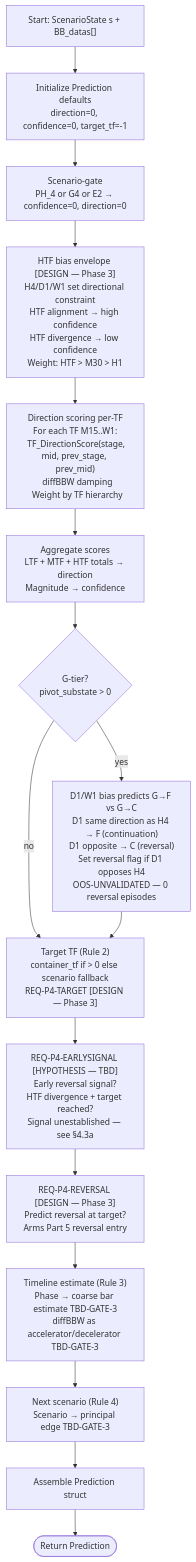
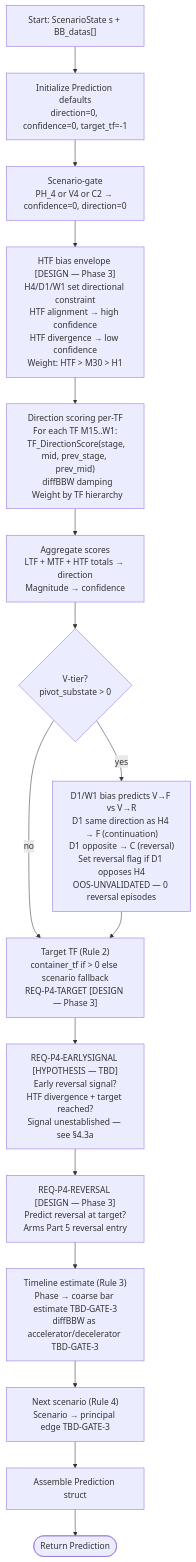
Diagram 12 of 19 in references/ARCHITECTURE.md (Terrypang89/BB_MTF_M15_STRATEGY), drawn with Mermaid before and after one commit. The commit also changed other lines of this file and 12 other files, not shown here.

````diff
--- a/references/ARCHITECTURE.md
+++ b/references/ARCHITECTURE.md
@@ -750,29 +750,29 @@
 ```mermaid
 flowchart TD
     Start["Start: ScenarioState s + BB_datas[]"] --> Init["Initialize Prediction defaults<br/>direction=0, confidence=0, target_tf=-1"]
 
-    Init --> Gate["Scenario-gate<br/>PH_4 or G4 or E2 → confidence=0, direction=0"]
+    Init --> Gate["Scenario-gate<br/>PH_4 or V4 or C2 → confidence=0, direction=0"]
 
     Gate --> HTFEnv["HTF bias envelope [DESIGN — Phase 3]<br/>H4/D1/W1 set directional constraint<br/>HTF alignment → high confidence<br/>HTF divergence → low confidence<br/>Weight: HTF > M30 > H1"]
 
     HTFEnv --> Score["Direction scoring per-TF<br/>For each TF M15..W1:<br/>  TF_DirectionScore(stage, mid, prev_stage, prev_mid)<br/>  diffBBW damping<br/>  Weight by TF hierarchy"]
 
     Score --> Aggregate["Aggregate scores<br/>LTF + MTF + HTF totals → direction<br/>Magnitude → confidence"]
 
-    Aggregate --> GTier{"G-tier?<br/>pivot_substate > 0"}
-    GTier -->|yes| GPredict["D1/W1 bias predicts G→F vs G→C<br/>D1 same direction as H4 → F (continuation)<br/>D1 opposite → C (reversal)<br/>Set reversal flag if D1 opposes H4<br/>OOS-UNVALIDATED — 0 reversal episodes"]
+    Aggregate --> GTier{"V-tier?<br/>pivot_substate > 0"}
+    GTier -->|yes| GPredict["D1/W1 bias predicts V→F vs V→R<br/>D1 same direction as H4 → F (continuation)<br/>D1 opposite → C (reversal)<br/>Set reversal flag if D1 opposes H4<br/>OOS-UNVALIDATED — 0 reversal episodes"]
     GTier -->|no| Target["Target TF (Rule 2)<br/>container_tf if > 0 else scenario fallback<br/>REQ-P4-TARGET [DESIGN — Phase 3]"]
 
     GPredict --> Target
 
     Target --> EarlySig["REQ-P4-EARLYSIGNAL [HYPOTHESIS — TBD]<br/>Early reversal signal?<br/>HTF divergence + target reached?<br/>Signal unestablished — see §4.3a"]
 
     EarlySig --> RevPred["REQ-P4-REVERSAL [DESIGN — Phase 3]<br/>Predict reversal at target?<br/>Arms Part 5 reversal entry"]
 
     RevPred --> Timeline["Timeline estimate (Rule 3)<br/>Phase → coarse bar estimate TBD-GATE-3<br/>diffBBW as accelerator/decelerator TBD-GATE-3"]
 
     Timeline --> NextSc["Next scenario (Rule 4)<br/>Scenario → principal edge TBD-GATE-3"]
 
     NextSc --> Assemble["Assemble Prediction struct"]
     Assemble --> Return([Return Prediction])
 ```
````
